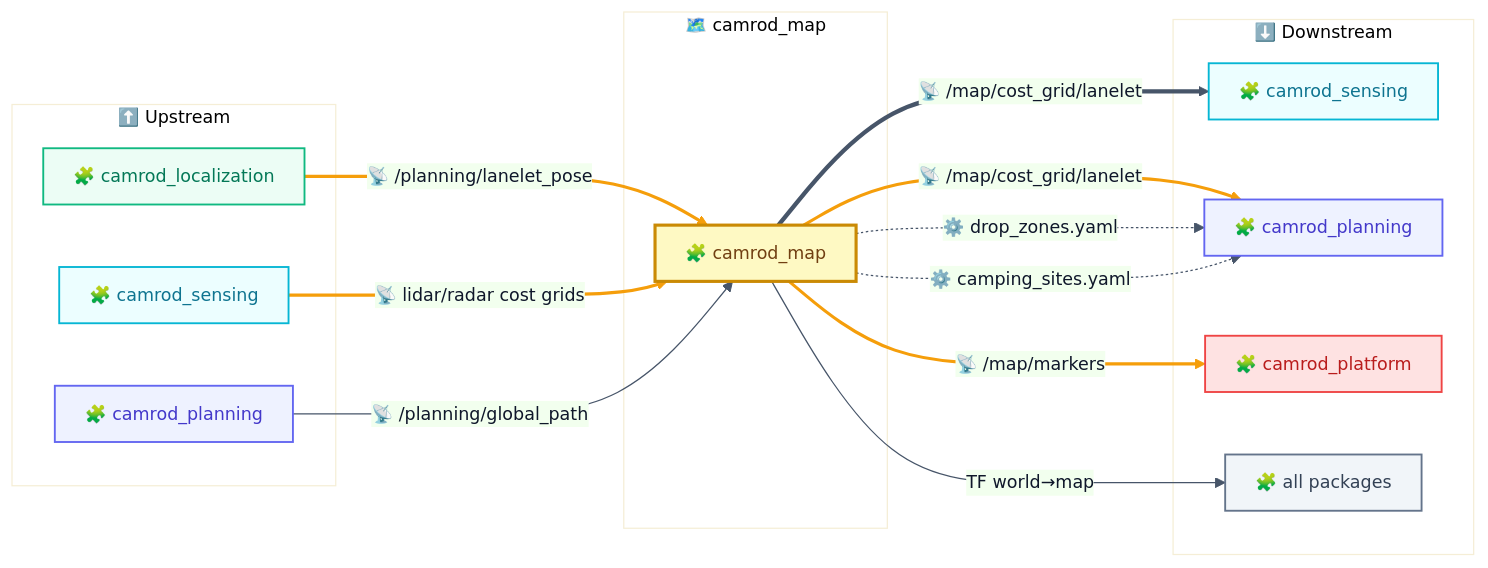
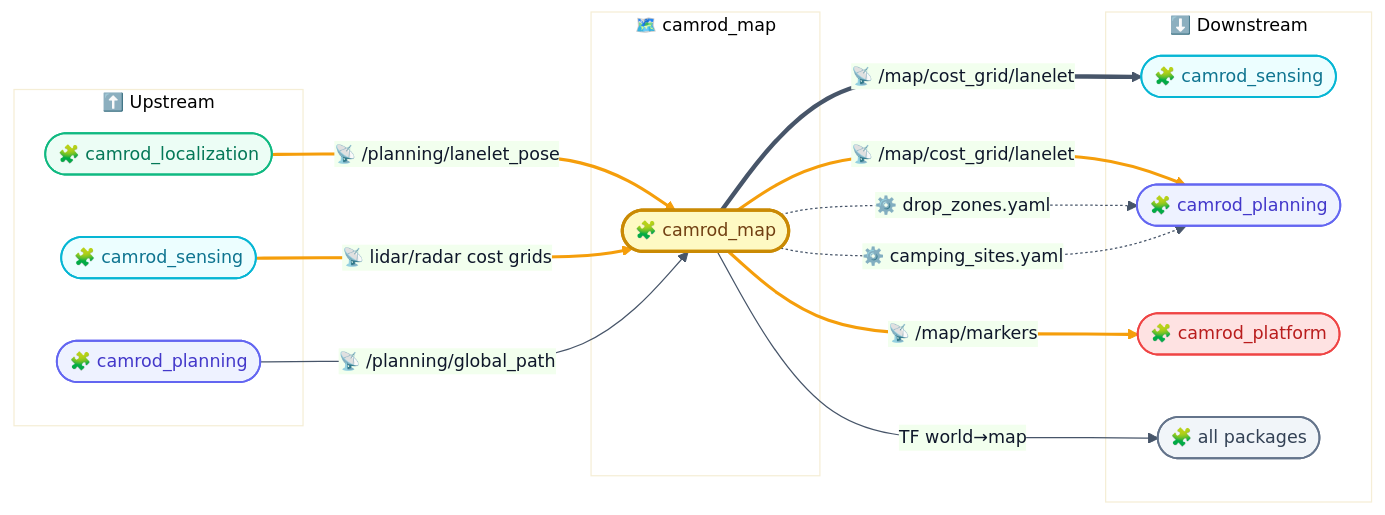
One commit to hwanhonglee/CAMROD changed the first of 3 diagrams in camrod_map/README.md. Above: the diagram before and after it, drawn with Mermaid. The commit also changed other lines of this file and 12 other files, not shown here.

First line of the commit message:
docs(v4): unified Mermaid shape convention + runtime data flow diagram

````diff
--- a/camrod_map/README.md
+++ b/camrod_map/README.md
@@ -38,47 +38,47 @@
 ```mermaid
 %%{init: {'theme': 'base', 'themeVariables': {'fontFamily': 'ui-sans-serif, system-ui, sans-serif', 'fontSize': '14px', 'primaryColor': '#EEF2FF', 'primaryTextColor': '#0F172A', 'primaryBorderColor': '#6366F1', 'lineColor': '#475569'}, 'flowchart': {'curve': 'basis', 'htmlLabels': true, 'padding': 12}}}%%
 graph LR
   classDef sensing      fill:#ECFEFF,stroke:#06B6D4,stroke-width:1.5px,color:#0E7490;
   classDef localization fill:#ECFDF5,stroke:#10B981,stroke-width:1.5px,color:#047857;
   classDef mapping      fill:#FEF3C7,stroke:#F59E0B,stroke-width:1.5px,color:#B45309;
   classDef perception   fill:#FCE7F3,stroke:#EC4899,stroke-width:1.5px,color:#9D174D;
   classDef planning     fill:#EEF2FF,stroke:#6366F1,stroke-width:1.5px,color:#4338CA;
   classDef platform     fill:#FEE2E2,stroke:#EF4444,stroke-width:1.5px,color:#B91C1C;
   classDef parking      fill:#F5F3FF,stroke:#8B5CF6,stroke-width:1.5px,color:#6D28D9;
   classDef system       fill:#F1F5F9,stroke:#64748B,stroke-width:1.5px,color:#334155;
   classDef ui           fill:#FFF7ED,stroke:#F97316,stroke-width:1.5px,color:#C2410C;
   classDef topic        fill:#F8FAFC,stroke:#94A3B8,stroke-width:1px,color:#475569,font-style:italic;
   classDef config       fill:#FFFBEB,stroke:#D97706,stroke-width:1.5px,color:#92400E;
   classDef hardware     fill:#FAFAFA,stroke:#6B7280,stroke-width:1.5px,color:#374151;
   classDef highlight    fill:#FEF9C3,stroke:#CA8A04,stroke-width:2.5px,color:#713F12;
 
   subgraph UP["⬆️ Upstream"]
-    LOC[🧩 camrod_localization]:::localization
-    SENS[🧩 camrod_sensing]:::sensing
-    PLAN_IN[🧩 camrod_planning]:::planning
+    LOC([🧩 camrod_localization]):::localization
+    SENS([🧩 camrod_sensing]):::sensing
+    PLAN_IN([🧩 camrod_planning]):::planning
   end
 
   subgraph CM["🗺️ camrod_map"]
-    MAP[🧩 camrod_map]:::highlight
+    MAP([🧩 camrod_map]):::highlight
   end
 
   subgraph DN["⬇️ Downstream"]
-    SENS_OUT[🧩 camrod_sensing]:::sensing
-    PLAN_OUT[🧩 camrod_planning]:::planning
-    PLAT[🧩 camrod_platform]:::platform
-    ALL[🧩 all packages]:::system
+    SENS_OUT([🧩 camrod_sensing]):::sensing
+    PLAN_OUT([🧩 camrod_planning]):::planning
+    PLAT([🧩 camrod_platform]):::platform
+    ALL([🧩 all packages]):::system
   end
 
   LOC  ==>|📡 /planning/lanelet_pose| MAP
   SENS ==>|📡 lidar/radar cost grids| MAP
   PLAN_IN -->|📡 /planning/global_path| MAP
 
   MAP ==>|📡 /map/cost_grid/lanelet| SENS_OUT
   MAP ==>|📡 /map/cost_grid/lanelet| PLAN_OUT
   MAP -->|📡 /map/markers| PLAT
   MAP -->|TF world→map| ALL
   MAP -.->|⚙️ drop_zones.yaml| PLAN_OUT
   MAP -.->|⚙️ camping_sites.yaml| PLAN_OUT
 
   linkStyle 0,1,4,5 stroke:#F59E0B,stroke-width:2.5px;
 ```
````
